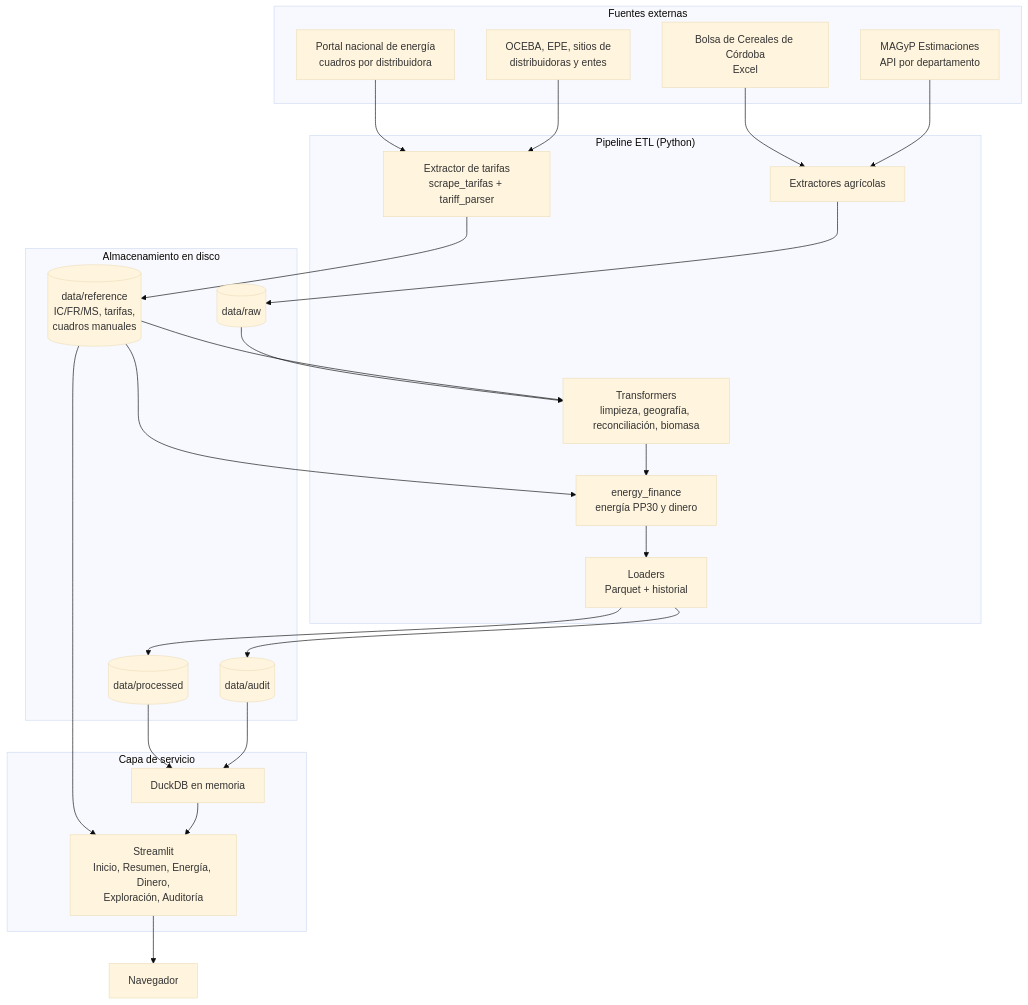
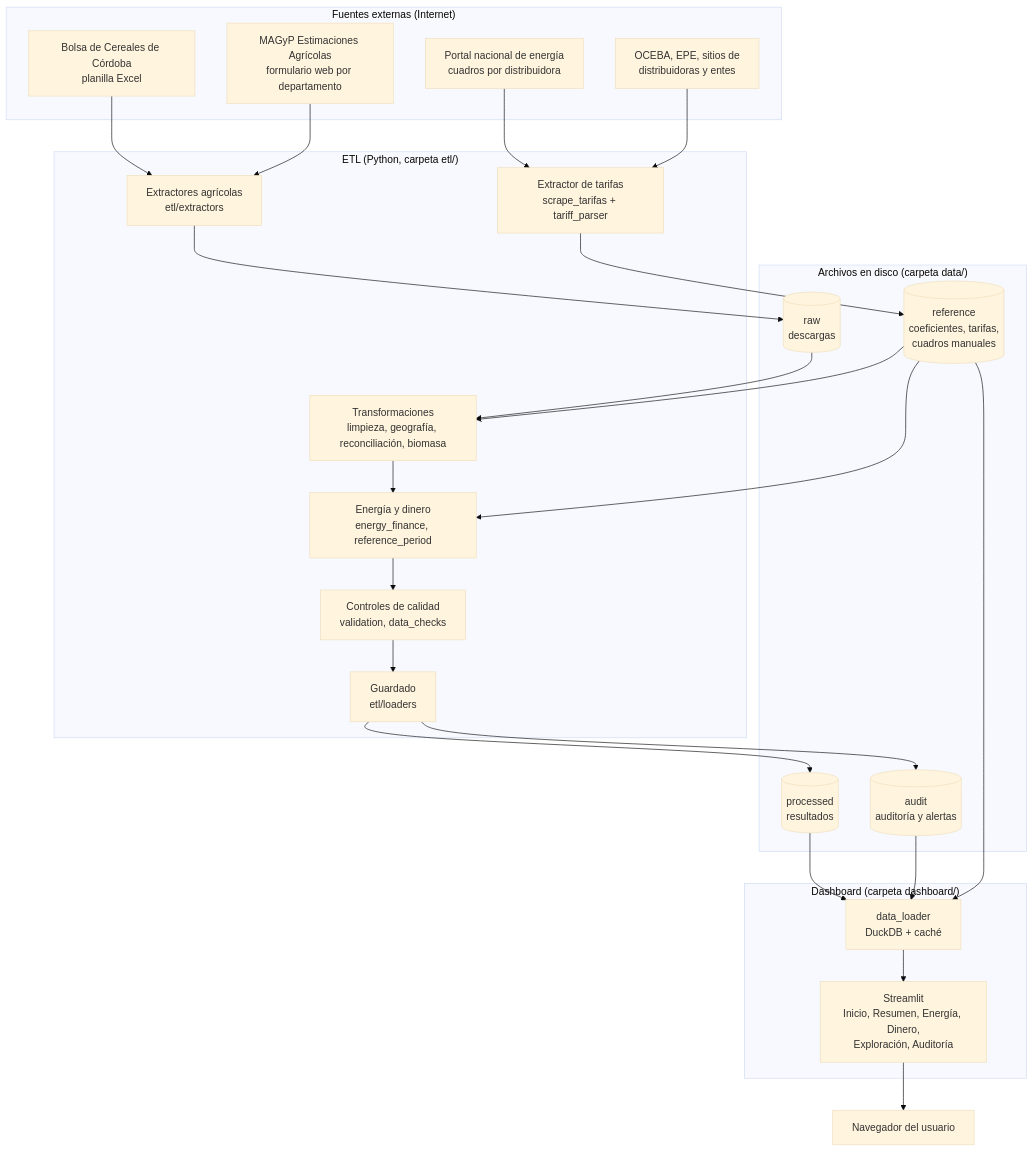
The diagram in docs/04_arquitectura/arquitectura.md (marcoeferro/SYNGAS-OPTIMIA-HV), drawn with Mermaid (base theme) before and after one commit. The commit also changed other lines of this file and 4 other files, not shown here.

````diff
--- a/docs/04_arquitectura/arquitectura.md
+++ b/docs/04_arquitectura/arquitectura.md
@@ -3,48 +17,50 @@
 ```mermaid
 graph TB
-    subgraph Fuentes["Fuentes externas"]
-        S1[Bolsa de Cereales de Córdoba<br/>Excel]
-        S2[MAGyP Estimaciones<br/>API por departamento]
+    subgraph Fuentes["Fuentes externas (Internet)"]
+        S1[Bolsa de Cereales de Córdoba<br/>planilla Excel]
+        S2[MAGyP Estimaciones Agrícolas<br/>formulario web por departamento]
         S3[Portal nacional de energía<br/>cuadros por distribuidora]
         S4[OCEBA, EPE, sitios de<br/>distribuidoras y entes]
     end
 
-    subgraph ETL["Pipeline ETL (Python)"]
-        E1[Extractores agrícolas]
+    subgraph ETL["ETL (Python, carpeta etl/)"]
+        E1[Extractores agrícolas<br/>etl/extractors]
         E2[Extractor de tarifas<br/>scrape_tarifas + tariff_parser]
-        T1[Transformers<br/>limpieza, geografía, reconciliación, biomasa]
-        T2[energy_finance<br/>energía PP30 y dinero]
-        L1[Loaders<br/>Parquet + historial]
+        T1[Transformaciones<br/>limpieza, geografía, reconciliación, biomasa]
+        T2[Energía y dinero<br/>energy_finance, reference_period]
+        Q[Controles de calidad<br/>validation, data_checks]
+        L1[Guardado<br/>etl/loaders]
     end
 
-    subgraph Datos["Almacenamiento en disco"]
-        R1[(data/raw)]
-        R2[(data/reference<br/>IC/FR/MS, tarifas,<br/>cuadros manuales)]
-        R3[(data/processed)]
-        R4[(data/audit)]
+    subgraph Datos["Archivos en disco (carpeta data/)"]
+        R1[(raw<br/>descargas)]
+        R2[(reference<br/>coeficientes, tarifas,<br/>cuadros manuales)]
+        R3[(processed<br/>resultados)]
+        R4[(audit<br/>auditoría y alertas)]
     end
 
-    subgraph Servicio["Capa de servicio"]
-        D1[DuckDB en memoria]
+    subgraph Servicio["Dashboard (carpeta dashboard/)"]
+        D1[data_loader<br/>DuckDB + caché]
         D2[Streamlit<br/>Inicio, Resumen, Energía, Dinero,<br/>Exploración, Auditoría]
     end
 
     S1 --> E1
     S2 --> E1
     S3 --> E2
     S4 --> E2
     E1 --> R1
     E2 --> R2
     R1 --> T1
     R2 --> T1
     T1 --> T2
     R2 --> T2
-    T2 --> L1
+    T2 --> Q
+    Q --> L1
     L1 --> R3
     L1 --> R4
     R3 --> D1
     R4 --> D1
-    R2 --> D2
+    R2 --> D1
     D1 --> D2
-    D2 --> U[Navegador]
+    D2 --> U[Navegador del usuario]
 ```
````
